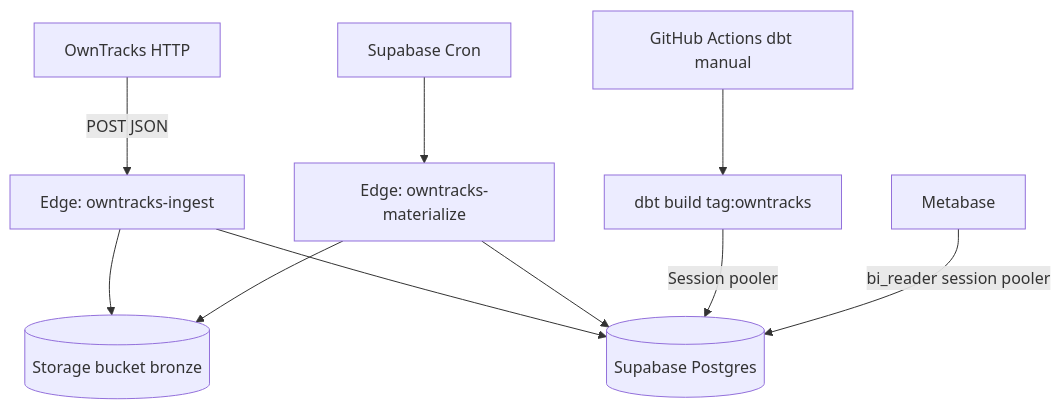
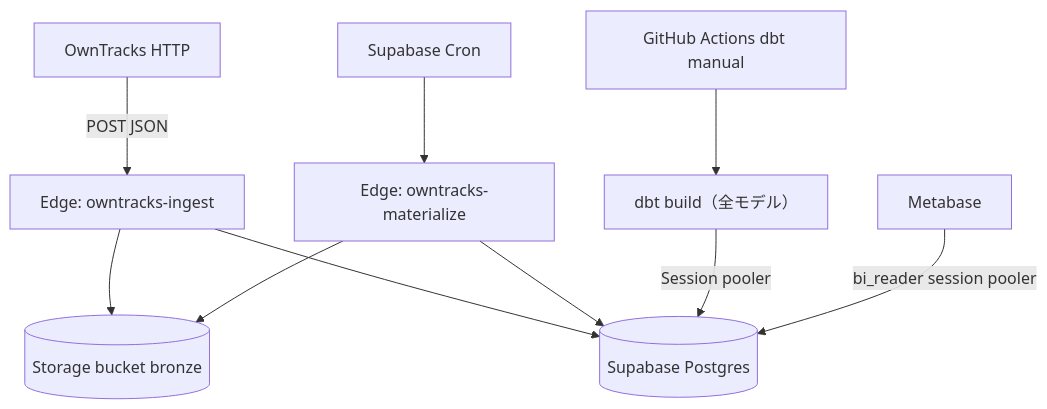
The diagram in docs/architecture/supabase-runtime.md (hskksk/lifelog-data-vault), drawn with Mermaid before and after one commit. The commit also changed other lines of this file and 11 other files, not shown here.

First line of the commit message:
fix(dbt): build the whole project on schedule and deploy

````diff
--- a/docs/architecture/supabase-runtime.md
+++ b/docs/architecture/supabase-runtime.md
@@ -25,21 +25,21 @@
 ```mermaid
 flowchart TB
   OT[OwnTracks HTTP]
   EF_IN[Edge: owntracks-ingest]
   BR[(Storage bucket bronze)]
   PG[(Supabase Postgres)]
   CRON[Supabase Cron]
   EF_MAT[Edge: owntracks-materialize]
   GH[GitHub Actions dbt manual]
-  DBT[dbt build tag:owntracks]
+  DBT[dbt build（全モデル）]
 
   OT -->|POST JSON| EF_IN
   EF_IN --> BR
   EF_IN --> PG
   CRON --> EF_MAT
   EF_MAT --> BR
   EF_MAT --> PG
   GH --> DBT
   DBT -->|Session pooler| PG
   MB[Metabase] -->|bi_reader session pooler| PG
 ```
````
